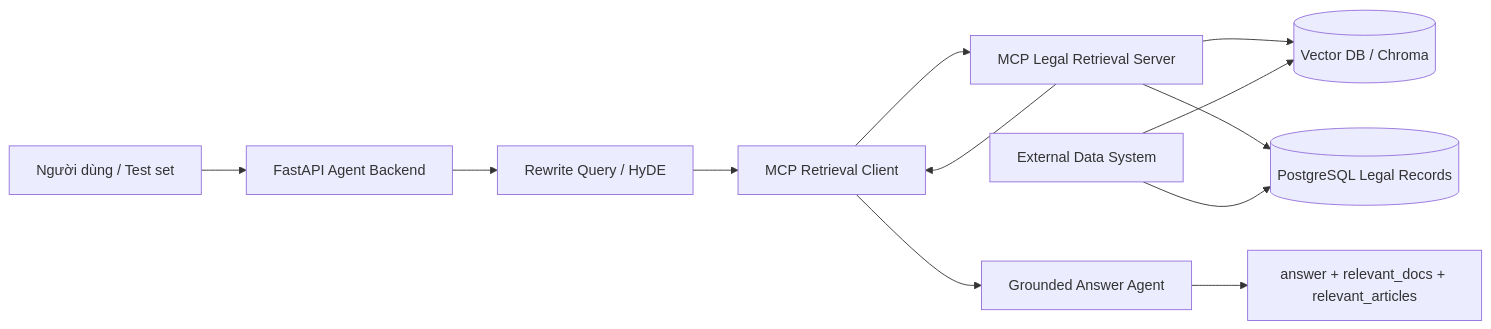
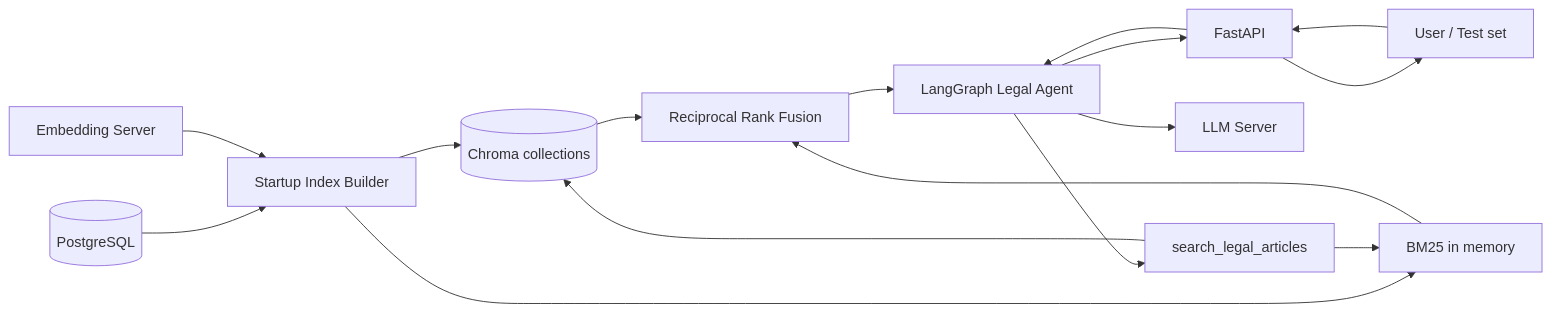
The first of 3 diagrams in backend/docs/REPORT.md (lmhtung/legal-assistant-agent), drawn with Mermaid before and after one commit. The commit also changed other lines of this file and 57 other files, not shown here.

````diff
--- a/backend/docs/REPORT.md
+++ b/backend/docs/REPORT.md
@@ -19,15 +18,19 @@
 ```mermaid
 flowchart LR
-    User[Người dùng / Test set] --> API[FastAPI Agent Backend]
-    API --> Rewrite[Rewrite Query / HyDE]
-    Rewrite --> MCPClient[MCP Retrieval Client]
-    MCPClient --> MCP[MCP Legal Retrieval Server]
-    MCP --> Vector[(Vector DB / Chroma)]
-    MCP --> PG[(PostgreSQL Legal Records)]
-    MCP --> MCPClient
-    MCPClient --> Agent[Grounded Answer Agent]
-    Agent --> Output[answer + relevant_docs + relevant_articles]
+    PG[(PostgreSQL)] --> Builder[Startup Index Builder]
+    Embed[Embedding Server] --> Builder
+    Builder --> Chroma[(Chroma collections)]
+    Builder --> BM25[BM25 in memory]
 
-    Data[External Data System] --> PG
-    Data --> Vector
+    User[User / Test set] --> API[FastAPI]
+    API --> Graph[LangGraph Legal Agent]
+    Graph --> LLM[LLM Server]
+    Graph --> Tool[search_legal_articles]
+    Tool --> BM25
+    Tool --> Chroma
+    BM25 --> RRF[Reciprocal Rank Fusion]
+    Chroma --> RRF
+    RRF --> Graph
+    Graph --> API
+    API --> User
 ```
````
